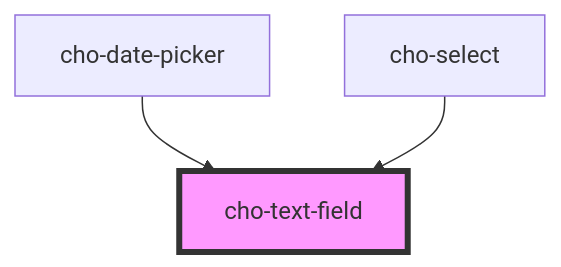
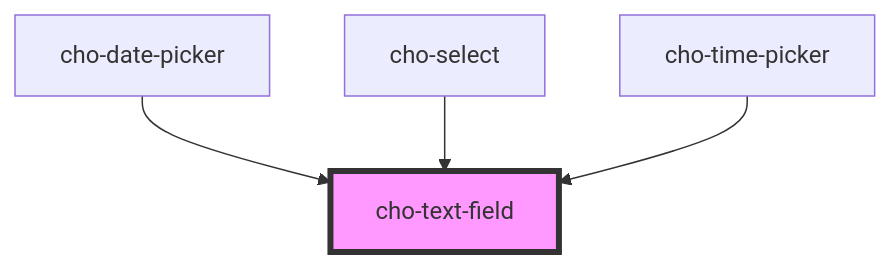
The diagram in packages/cho-components/src/components/inputs/text-field/readme.md (razvangeangu/cho-design-system), drawn with Mermaid before and after one commit. The commit also changed other lines of this file and 14 other files, not shown here.

Commit message:
feat(#14): add time picker implementation

````diff
--- a/packages/cho-components/src/components/inputs/text-field/readme.md
+++ b/packages/cho-components/src/components/inputs/text-field/readme.md
@@ -51,6 +52,7 @@
 ```mermaid
 graph TD;
   cho-date-picker --> cho-text-field
   cho-select --> cho-text-field
+  cho-time-picker --> cho-text-field
   style cho-text-field fill:#f9f,stroke:#333,stroke-width:4px
 ```
````
